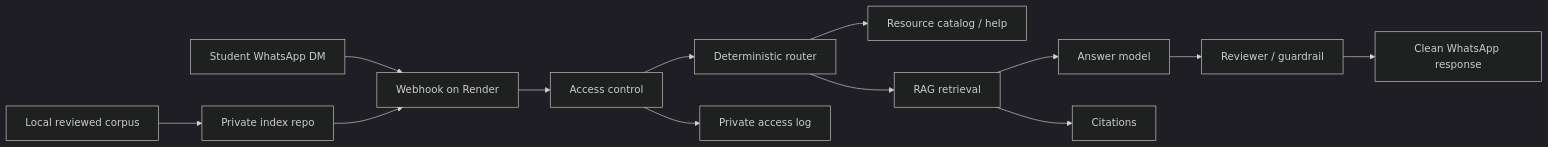
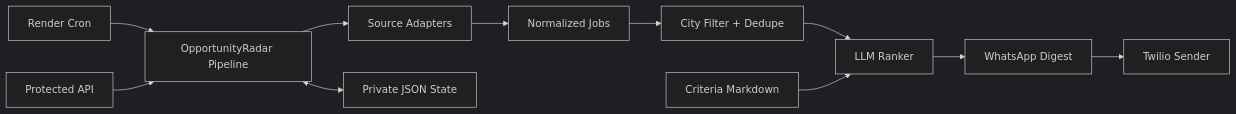
One commit to GarrettAudet/schwarzman-opportunity-radar changed the diagram in README.md. Above: the diagram before and after it, drawn with Mermaid (dark theme). The commit also changed other lines of this file and 91 other files, not shown here.

Commit message:
Build OpportunityRadar weekly jobs digest

````diff
--- a/README.md
+++ b/README.md
@@ -30,15 +20,13 @@
 ```mermaid
 flowchart LR
-    A["Student WhatsApp DM"] --> B["Webhook on Render"]
-    B --> C["Access control"]
-    C --> D["Deterministic router"]
-    D --> E["Resource catalog / help"]
-    D --> F["RAG retrieval"]
-    F --> G["Answer model"]
-    G --> H["Reviewer / guardrail"]
-    H --> I["Clean WhatsApp response"]
-    F --> J["Citations"]
-    C --> K["Private access log"]
-    L["Local reviewed corpus"] --> M["Private index repo"]
-    M --> B
+    A[Render Cron] --> B[OpportunityRadar Pipeline]
+    C[Protected API] --> B
+    B --> D[Source Adapters]
+    D --> E[Normalized Jobs]
+    E --> F[City Filter + Dedupe]
+    F --> G[LLM Ranker]
+    G --> H[WhatsApp Digest]
+    H --> I[Twilio Sender]
+    B <--> J[Private JSON State]
+    K[Criteria Markdown] --> G
 ```
````
